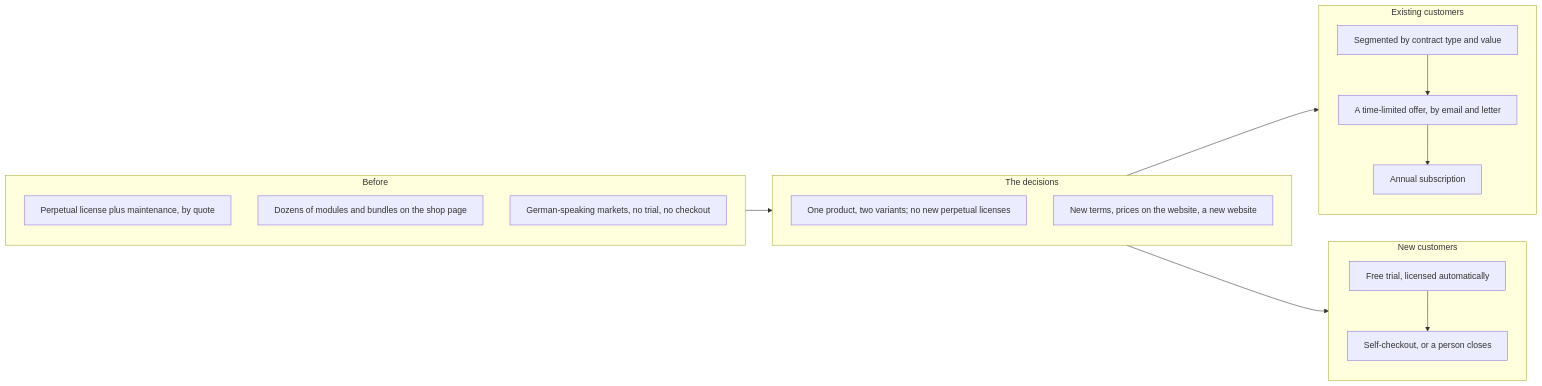
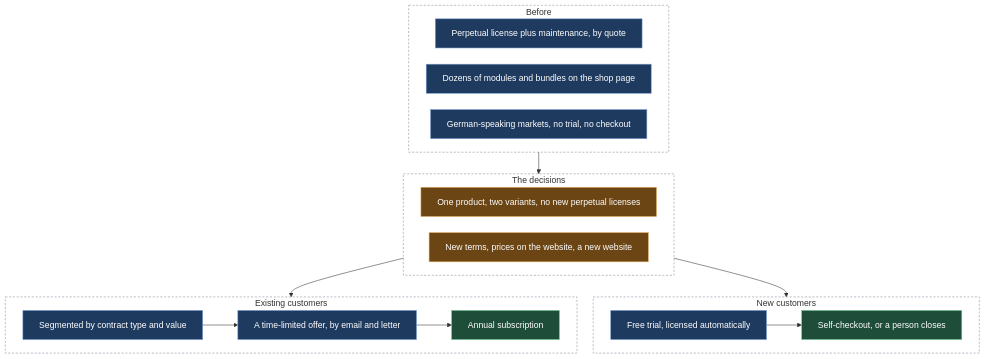
Before and after one commit to nunomnferreirapt/ai-operated-growth-engine: the diagram in evidence/case-studies/00-from-perpetual-licenses-to-a-product-led-subscription-business.md, drawn with Mermaid. The commit also changed 3 other files, not shown here.

First line of the commit message:
Diagram template across the four diagrams: vertical, short labels, navy system, amber where a person decides, green outputs, dashed groups; chapter 1 order follows the deal, dormant and edge-case boxes out (Nuno, 19 Oct)

````diff
--- a/evidence/case-studies/00-from-perpetual-licenses-to-a-product-led-subscription-business.md
+++ b/evidence/case-studies/00-from-perpetual-licenses-to-a-product-led-subscription-business.md
@@ -13,26 +13,33 @@
 ```mermaid
-%%{init: {"flowchart": {"wrappingWidth": 600}}}%%
-flowchart LR
+%%{init: {"flowchart": {"wrappingWidth": 600, "nodeSpacing": 30, "rankSpacing": 40}}}%%
+flowchart TB
     subgraph B["Before"]
-        direction TB
-        B1["Perpetual license plus maintenance, by quote"]
-        B2["Dozens of modules and bundles on the shop page"]
-        B3["German-speaking markets, no trial, no checkout"]
+        direction LR
+        B1["Perpetual license plus maintenance, by quote"]:::sys
+        B2["Dozens of modules and bundles on the shop page"]:::sys
+        B3["German-speaking markets, no trial, no checkout"]:::sys
     end
     subgraph D["The decisions"]
-        direction TB
-        D1["One product, two variants; no new perpetual licenses"]
-        D2["New terms, prices on the website, a new website"]
+        direction LR
+        D1["One product, two variants, no new perpetual licenses"]:::human
+        D2["New terms, prices on the website, a new website"]:::human
     end
+    B --> D
     subgraph E["Existing customers"]
-        direction TB
-        E1["Segmented by contract type and value"] --> E2["A time-limited offer, by email and letter"] --> E3["Annual subscription"]
+        direction LR
+        E1["Segmented by contract type and value"]:::sys --> E2["A time-limited offer, by email and letter"]:::sys --> E3["Annual subscription"]:::out
     end
     subgraph N["New customers"]
-        direction TB
-        N1["Free trial, licensed automatically"] --> N2["Self-checkout, or a person closes"]
+        direction LR
+        N1["Free trial, licensed automatically"]:::sys --> N2["Self-checkout, or a person closes"]:::out
     end
-    B --> D
     D --> E
     D --> N
+    classDef sys fill:#1f3a5f,stroke:#7aa2d8,color:#ffffff
+    classDef human fill:#6b4514,stroke:#e0a95a,color:#ffffff
+    classDef out fill:#1e4d3a,stroke:#6fcf97,color:#ffffff
+    style B fill:transparent,stroke:#7f8c9a,stroke-dasharray:4 3
+    style D fill:transparent,stroke:#7f8c9a,stroke-dasharray:4 3
+    style E fill:transparent,stroke:#7f8c9a,stroke-dasharray:4 3
+    style N fill:transparent,stroke:#7f8c9a,stroke-dasharray:4 3
 ```
````
